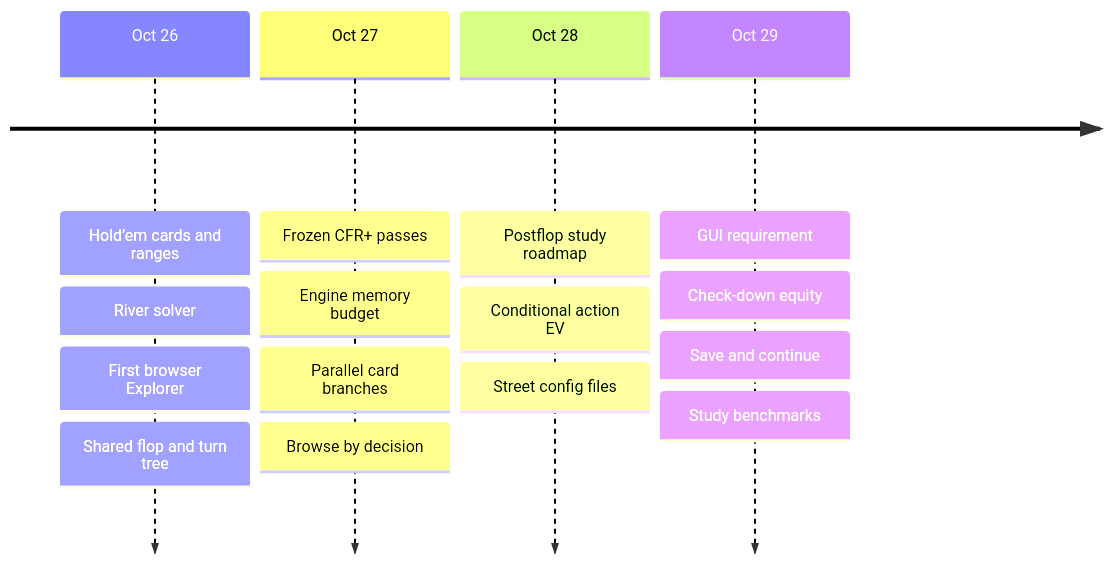
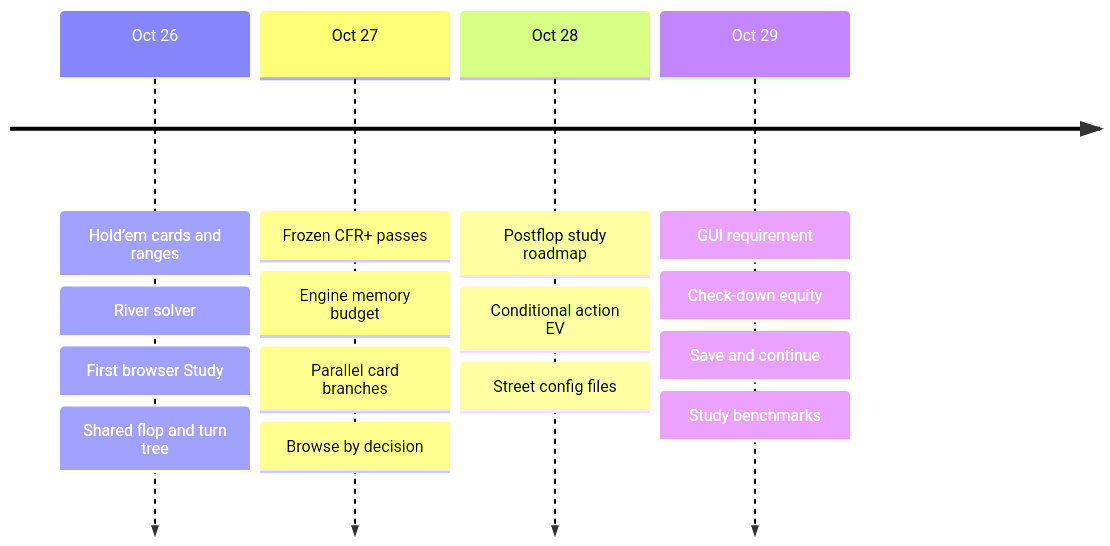
The first of 5 diagrams in docs/auxiliary/notes/PROJECT_HISTORY.md (matt-azar/poker-solver), drawn with Mermaid before and after one commit. The commit also changed other lines of this file and 34 other files, not shown here.

````diff
--- a/docs/auxiliary/notes/PROJECT_HISTORY.md
+++ b/docs/auxiliary/notes/PROJECT_HISTORY.md
@@ -9,7 +9,7 @@
 ```mermaid
 timeline
-    Oct 26 : Hold’em cards and ranges : River solver : First browser Explorer : Shared flop and turn tree
+    Oct 26 : Hold’em cards and ranges : River solver : First browser Study : Shared flop and turn tree
     Oct 27 : Frozen CFR+ passes : Engine memory budget : Parallel card branches : Browse by decision
     Oct 28 : Postflop study roadmap : Conditional action EV : Street config files
     Oct 29 : GUI requirement : Check-down equity : Save and continue : Study benchmarks
 ```
````
